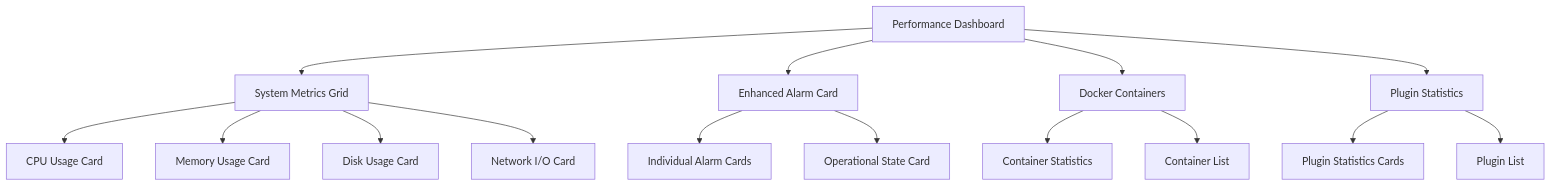
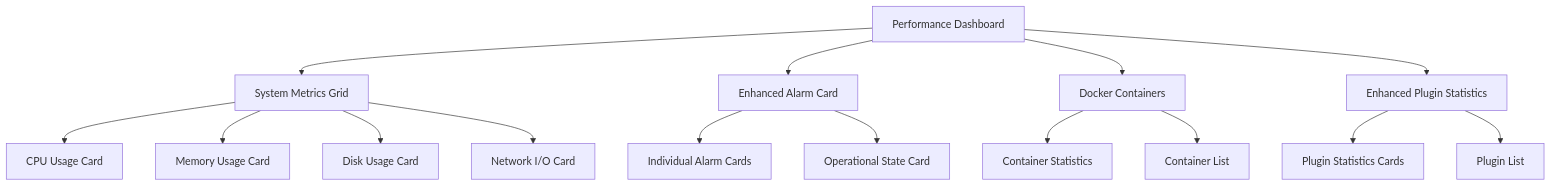
Before and after one commit to Nikita5543/New-SSO-02: the eighth of 11 diagrams in .qoder/repowiki/en/content/Built-in Plugins/Performance Plugin.md, drawn with Mermaid. The commit also changed other lines of this file and 3 other files, not shown here.

````diff
--- a/.qoder/repowiki/en/content/Built-in Plugins/Performance Plugin.md
+++ b/.qoder/repowiki/en/content/Built-in Plugins/Performance Plugin.md
@@ -357,17 +368,17 @@
 ```mermaid
 flowchart TD
 Dashboard["Performance Dashboard"] --> MetricsGrid["System Metrics Grid"]
 Dashboard --> AlarmsSection["Enhanced Alarm Card"]
 Dashboard --> Containers["Docker Containers"]
-Dashboard --> Plugins["Plugin Statistics"]
+Dashboard --> Plugins["Enhanced Plugin Statistics"]
 MetricsGrid --> CPUCard["CPU Usage Card"]
 MetricsGrid --> MemoryCard["Memory Usage Card"]
 MetricsGrid --> DiskCard["Disk Usage Card"]
 MetricsGrid --> NetworkCard["Network I/O Card"]
 AlarmsSection --> AlarmCards["Individual Alarm Cards"]
 AlarmsSection --> OperationalCard["Operational State Card"]
 Containers --> ContainerStats["Container Statistics"]
 Containers --> ContainerList["Container List"]
 Plugins --> PluginStats["Plugin Statistics Cards"]
 Plugins --> PluginList["Plugin List"]
 ```
````
